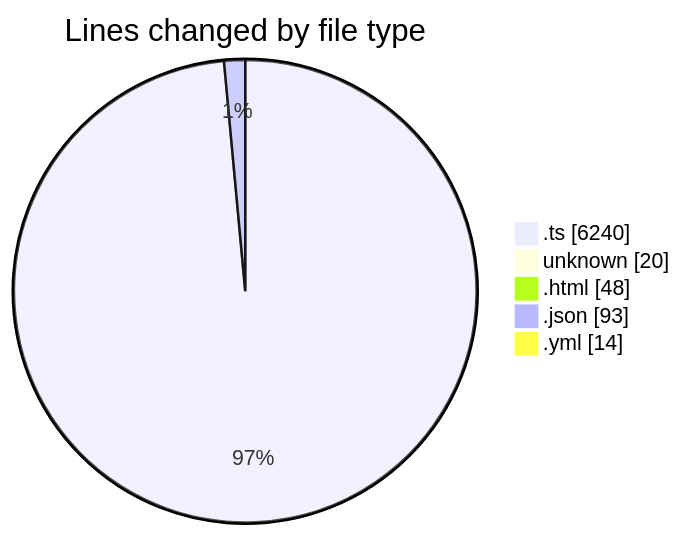
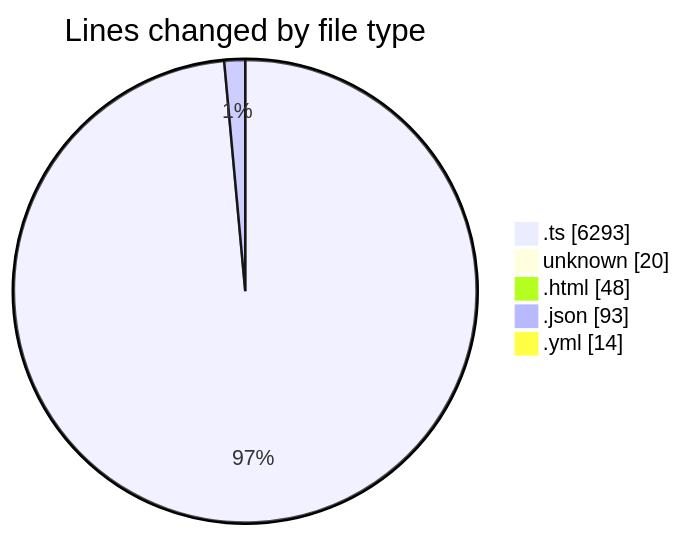
The first of 2 diagrams in 2026-02-06/singularitybrainai/README.md (tmsrecording-cyber/code-tracking), drawn with Mermaid before and after one commit. The commit also changed other lines of this file and 1 other file, not shown here.

````diff
--- a/2026-02-06/singularitybrainai/README.md
+++ b/2026-02-06/singularitybrainai/README.md
@@ -34,9 +35,9 @@
 ```mermaid
 pie showData
 title Lines changed by file type
-".ts" : 6240
+".ts" : 6293
 "unknown" : 20
 ".html" : 48
 ".json" : 93
 ".yml" : 14
 ```
````
